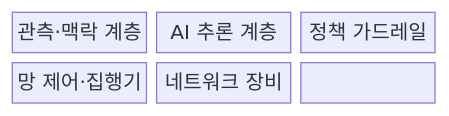
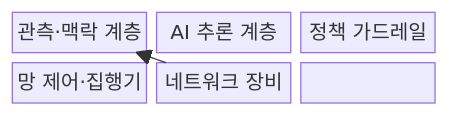
Before and after one commit to agnusdei1207/knowledge-base: the first of 2 diagrams in src/content/docs/notes/04-network/098_ai_native_networking.md, drawn with Mermaid. The commit also changed other lines of this file and 20 other files, not shown here.

````diff
--- a/src/content/docs/notes/04-network/098_ai_native_networking.md
+++ b/src/content/docs/notes/04-network/098_ai_native_networking.md
@@ -53,11 +58,11 @@
 ```mermaid
 block-beta
     columns 3
     A["관측·맥락 계층"]
     B["AI 추론 계층"]
     C["정책 가드레일"]
     D["망 제어·집행기"]
     E["네트워크 장비"]
-    A --- B --- C
-    C --- D --- E
+    A --> B --> C --> D --> E
+    E --> A
 ```
````
